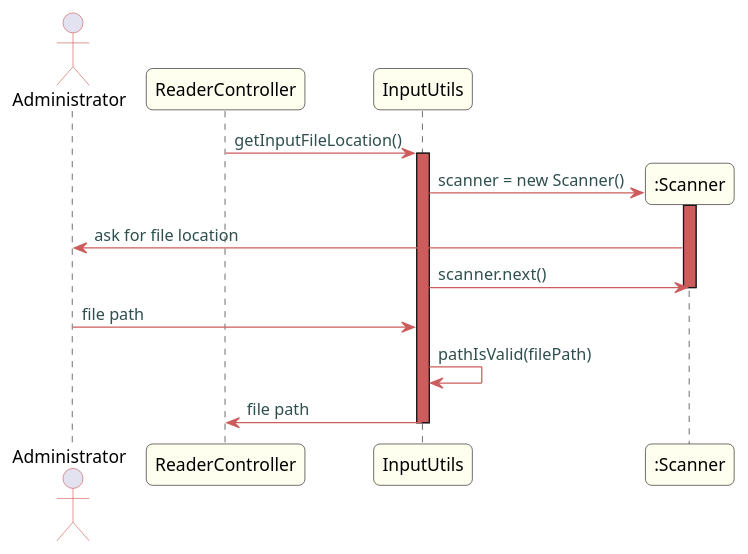
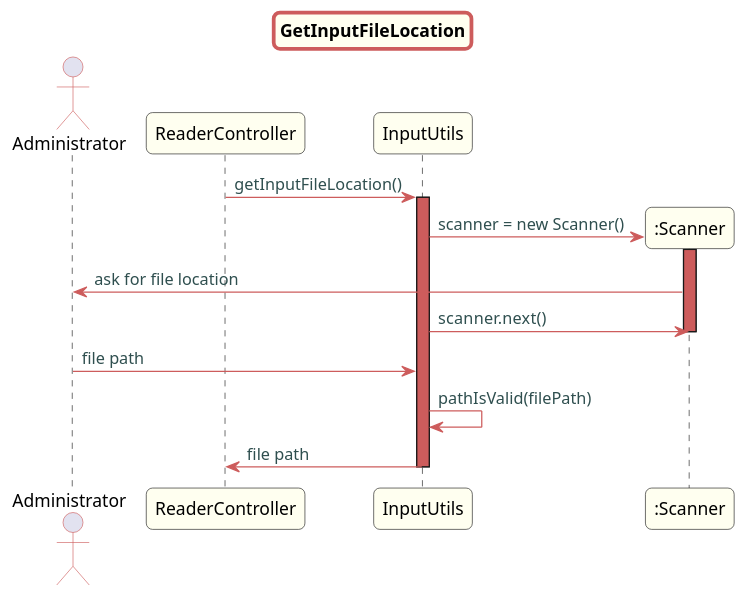
Before and after one commit to Almadanmp/project: the diagram in src/doc/Controllers/HouseConfiguration/US20v2/GetInputFileLocation.puml, drawn with PlantUML. The commit also changed 16 other files, not shown here.

```diff
--- a/src/doc/Controllers/HouseConfiguration/US20v2/GetInputFileLocation.puml
+++ b/src/doc/Controllers/HouseConfiguration/US20v2/GetInputFileLocation.puml
@@ -1,43 +1,43 @@
 @startuml
 
 skinparam titleBorderRoundCorner 10
 skinparam titleBorderThickness 3
 skinparam titleBorderColor indianred
 skinparam titleBackgroundColor ivory
 skinparam FontName quicksand
 
 skinparam actor {
   BorderColor indianred
   }
 
 skinparam sequence {
   LifeLineBackgroundColor indianred
   ParticipantBackgroundColor ivory
 }
 
 skinparam roundcorner 10
 
 skinparam component {
   arrowThickness 1
   ArrowFontName Verdana
   ArrowColor indianred
   ArrowFontColor darkslategrey
 }
 
-
+title GetInputFileLocation
 actor Administrator
 ReaderController -> InputUtils: getInputFileLocation()
 activate InputUtils
 create ":Scanner"
 InputUtils -> ":Scanner": scanner = new Scanner()
 activate ":Scanner"
 ":Scanner" -> Administrator: ask for file location
 InputUtils -> ":Scanner": scanner.next()
 deactivate ":Scanner"
 Administrator -> InputUtils: file path
 
 InputUtils -> InputUtils: pathIsValid(filePath)
 InputUtils -> ReaderController: file path
 deactivate InputUtils
 
 @enduml
```
